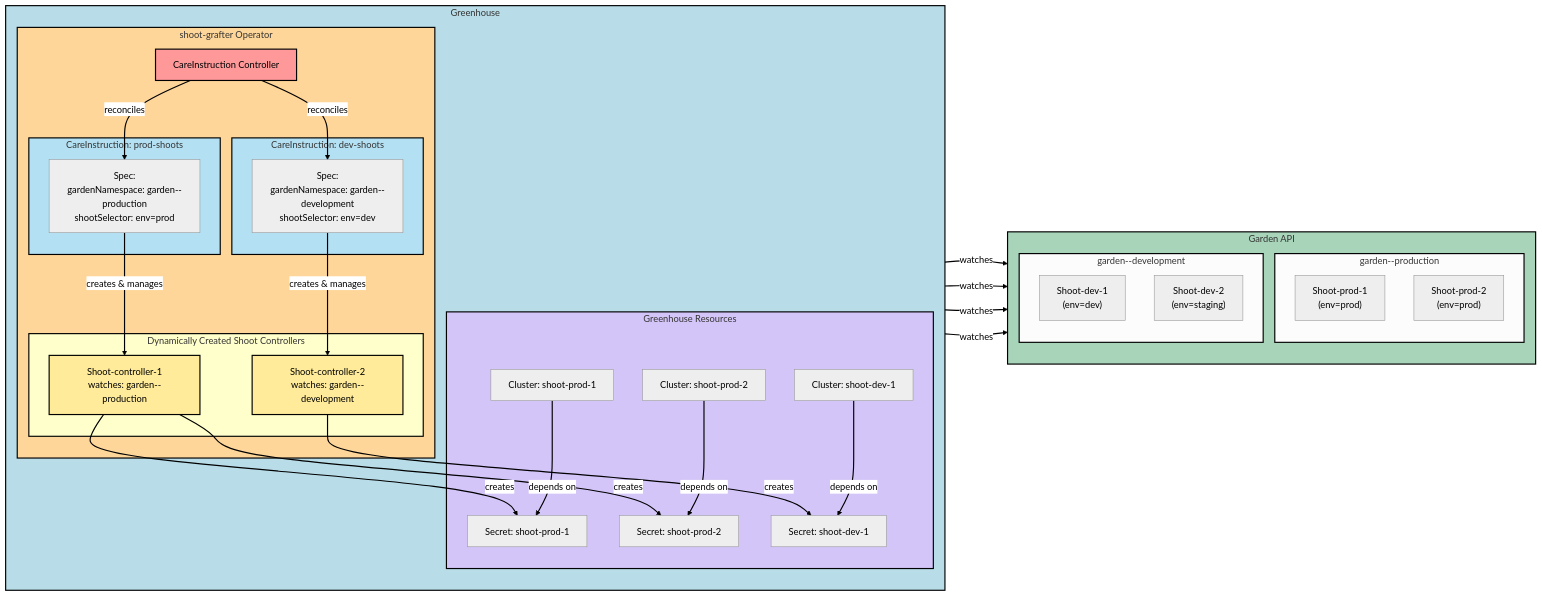
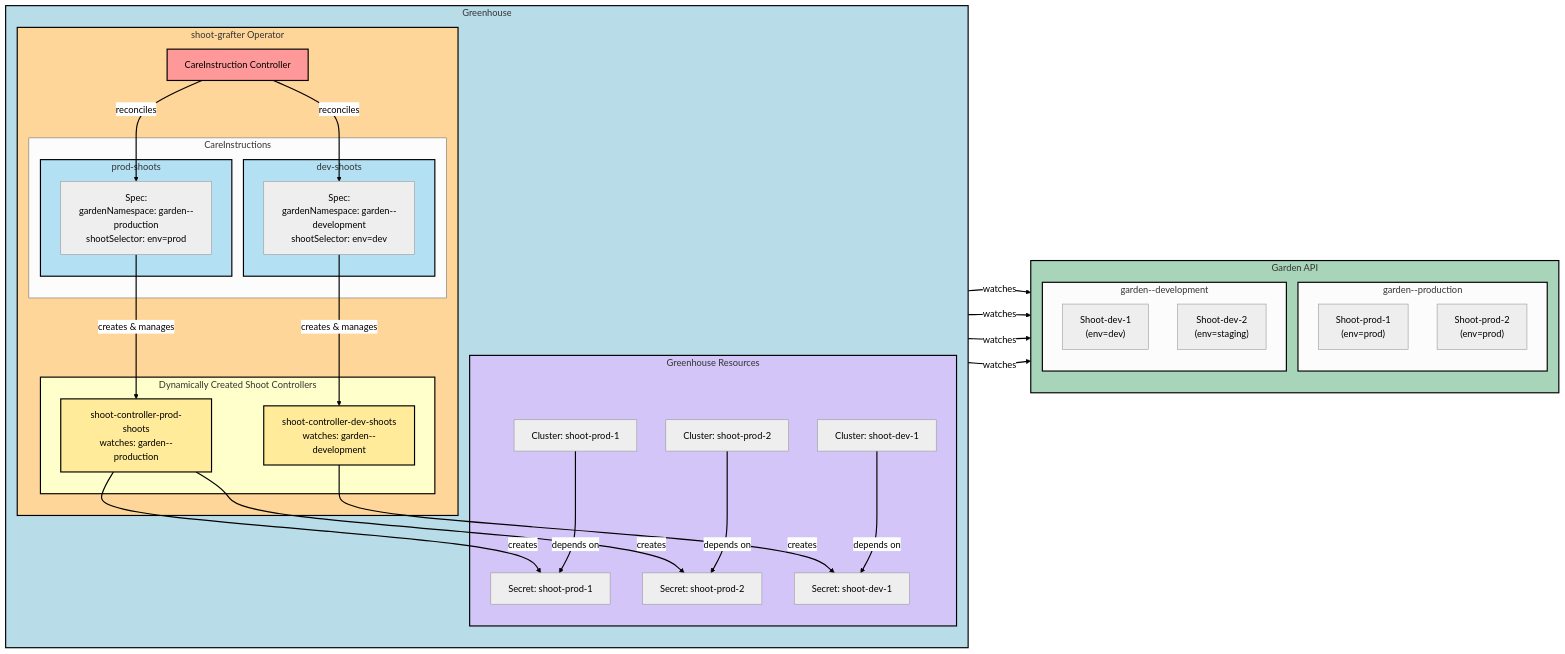
One commit to cloudoperators/shoot-grafter changed the diagram in README.md. Above: the diagram before and after it, drawn with Mermaid (neutral theme).

Commit message:
small improvements

````diff
--- a/README.md
+++ b/README.md
@@ -29,78 +29,80 @@
 ```mermaid
 graph LR
     subgraph Garden["Garden API"]
         direction TB
         subgraph NS1["garden--production"]
             Shoot1["Shoot-prod-1<br/>(env=prod)"]
             Shoot2["Shoot-prod-2<br/>(env=prod)"]
         end
         subgraph NS2["garden--development"]
             Shoot3["Shoot-dev-1<br/>(env=dev)"]
             Shoot4["Shoot-dev-2<br/>(env=staging)"]
         end
     end
     
     subgraph Greenhouse["Greenhouse"]
         direction TB
         
         subgraph ShootGrafter["shoot-grafter Operator"]
             CIC[CareInstruction Controller]
             
-            subgraph CI1Box["CareInstruction: prod-shoots"]
-                CI1["Spec:<br/>gardenNamespace: garden--production<br/>shootSelector: env=prod"]
-            end
-            
-            subgraph CI2Box["CareInstruction: dev-shoots"]
-                CI2["Spec:<br/>gardenNamespace: garden--development<br/>shootSelector: env=dev"]
+            subgraph CareInstructions["CareInstructions"]
+                subgraph CI1Box["prod-shoots"]
+                    CI1["Spec:<br/>gardenNamespace: garden--production<br/>shootSelector: env=prod"]
+                end
+                
+                subgraph CI2Box["dev-shoots"]
+                    CI2["Spec:<br/>gardenNamespace: garden--development<br/>shootSelector: env=dev"]
+                end
             end
             
             subgraph DynamicControllers["Dynamically Created Shoot Controllers"]
-                SC1[Shoot-controller-1<br/>watches: garden--production]
-                SC2[Shoot-controller-2<br/>watches: garden--development]
+                SC1[shoot-controller-prod-shoots<br/>watches: garden--production]
+                SC2[shoot-controller-dev-shoots<br/>watches: garden--development]
             end
         end
         
         subgraph Resources["Greenhouse Resources"]
             SecretProd1[Secret: shoot-prod-1]
             SecretProd2[Secret: shoot-prod-2]
             SecretDev1[Secret: shoot-dev-1]
             ClusterProd1[Cluster: shoot-prod-1]
             ClusterProd2[Cluster: shoot-prod-2]
             ClusterDev1[Cluster: shoot-dev-1]
         end
     end
     
     CIC -->|reconciles| CI1
     CIC -->|reconciles| CI2
     
     CI1 -->|creates & manages| SC1
     CI2 -->|creates & manages| SC2
     
     SC1 -->|watches| Shoot1
     SC1 -->|watches| Shoot2
     SC2 -->|watches| Shoot3
     SC2 -->|watches| Shoot4
     
     SC1 -->|creates| SecretProd1
     SC1 -->|creates| SecretProd2
     SC2 -->|creates| SecretDev1
     
     ClusterProd1 -->|depends on| SecretProd1
     ClusterProd2 -->|depends on| SecretProd2
     ClusterDev1 -->|depends on| SecretDev1
     
     style Garden fill:#a8d5ba,stroke:#000,stroke-width:2px
     style Greenhouse fill:#b8dde8,stroke:#000,stroke-width:2px
     style ShootGrafter fill:#ffd699,stroke:#000,stroke-width:2px
     style CIC fill:#ff9999,stroke:#000,stroke-width:2px
     style CI1Box fill:#b3e0f2,stroke:#000,stroke-width:2px
     style CI2Box fill:#b3e0f2,stroke:#000,stroke-width:2px
     style DynamicControllers fill:#ffffcc,stroke:#000,stroke-width:2px
     style SC1 fill:#ffeb99,stroke:#000,stroke-width:2px
     style SC2 fill:#ffeb99,stroke:#000,stroke-width:2px
     style Resources fill:#d4c5f9,stroke:#000,stroke-width:2px
     style NS1 stroke:#000,stroke-width:2px
     style NS2 stroke:#000,stroke-width:2px
     
     linkStyle default stroke:#000,stroke-width:2px
 ```
````
